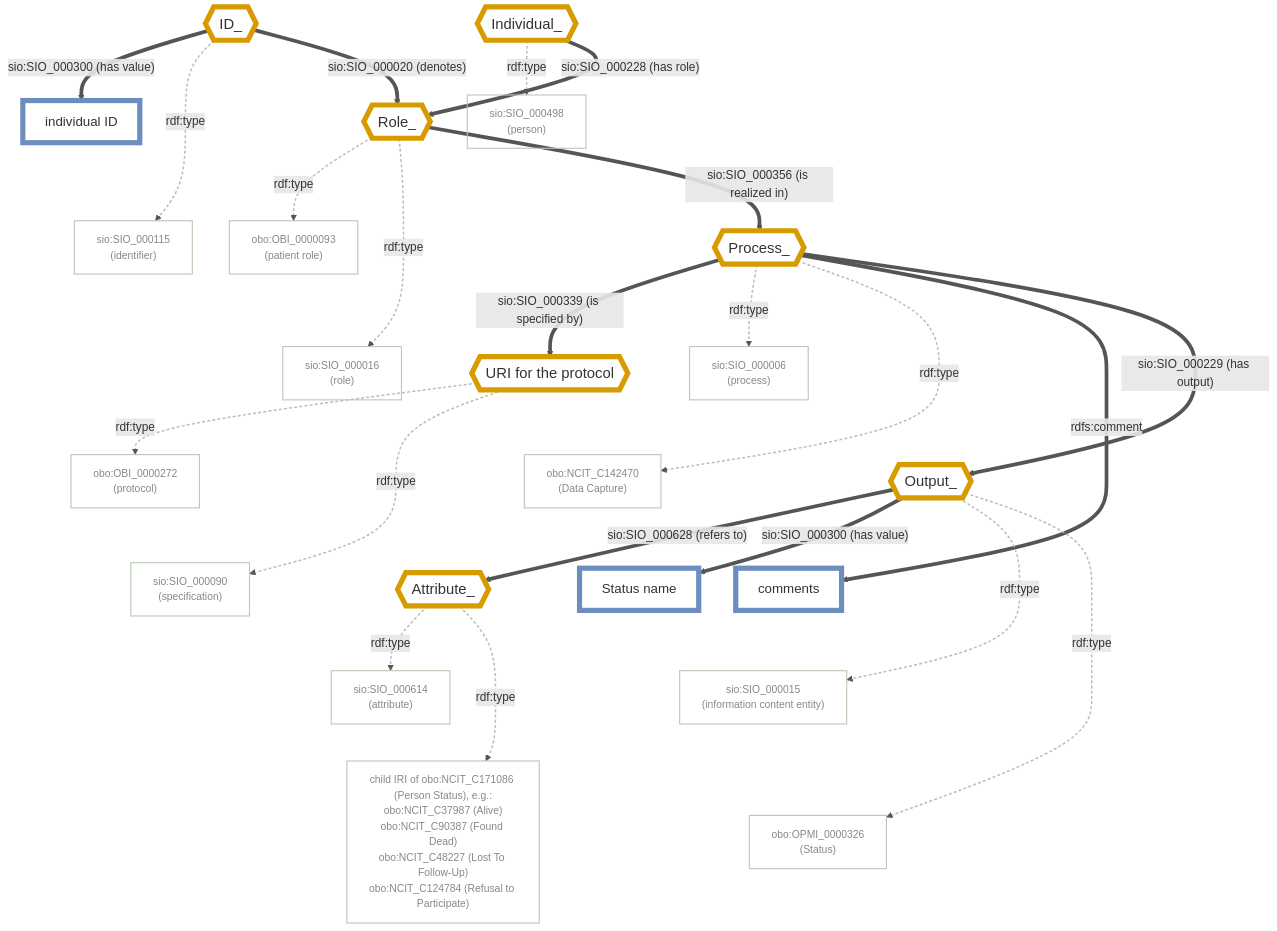
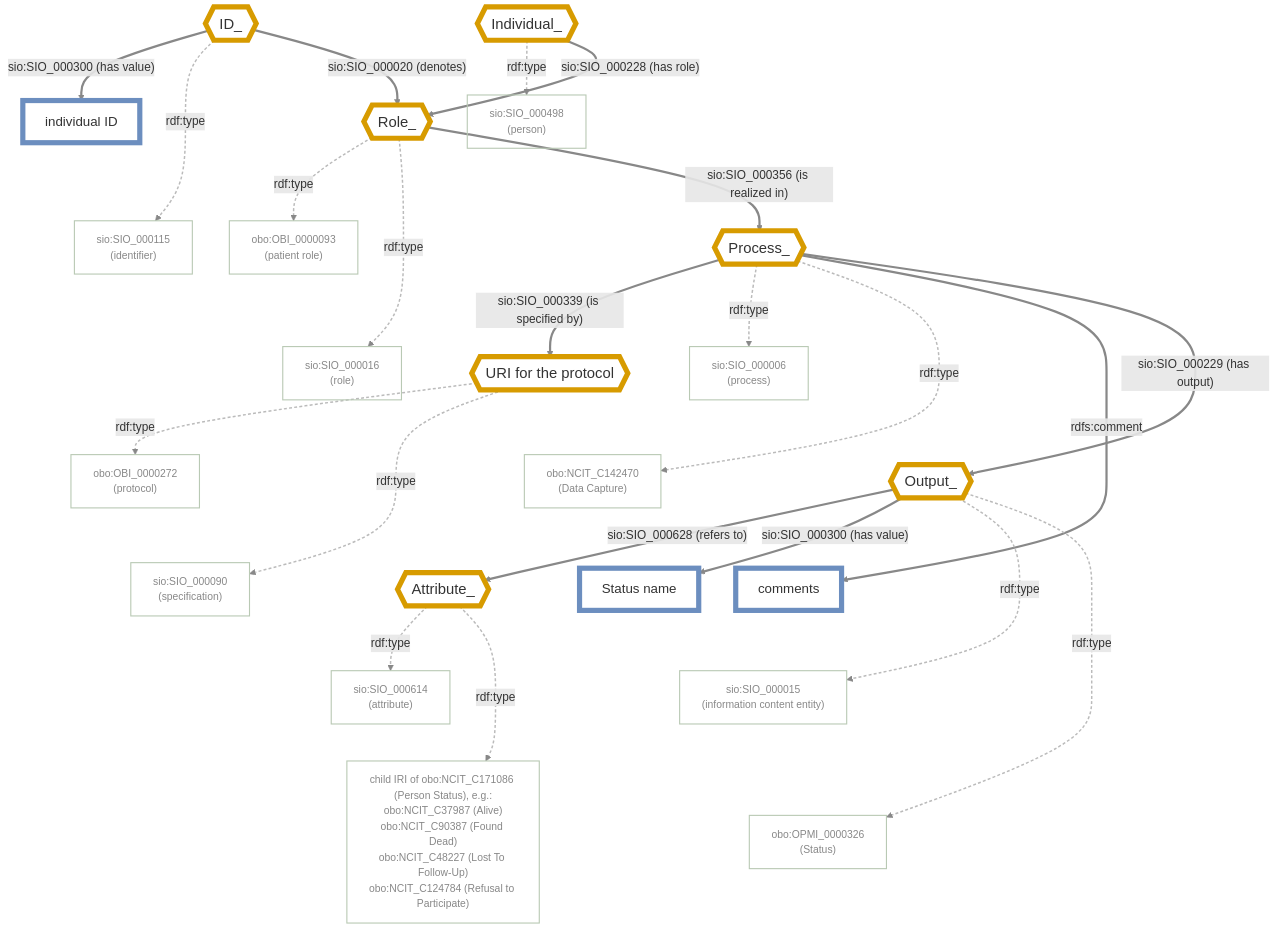
One commit to wilkinsonlab/CARE-Semantic-Model-Version-2 changed the diagram in diagrams/CARE-SM-obo-Status.md. Above: the diagram before and after it, drawn with Mermaid. The commit also changed 137 other files, not shown here.

````diff
--- a/diagrams/CARE-SM-obo-Status.md
+++ b/diagrams/CARE-SM-obo-Status.md
@@ -16,77 +16,78 @@
 ```mermaid
+%%{init: {"themeVariables": {"lineColor": "#888888"}}}%%
 flowchart TD
     classDef usedInstance fill:#ffffff,stroke:#d79b00,stroke-width:7px,color:#333,font-size:20px
     classDef classNode fill:transparent,stroke:#b9c9b4,stroke-width:1.5px,color:#888,font-size:14px
     classDef dataValue fill:#ffffff,stroke:#6c8ebf,stroke-width:7px,color:#333,font-size:18px
-    linkStyle default stroke:#555,stroke-width:5px
+    linkStyle default stroke:#888888,stroke-width:3px
 
     %% Instances
     ID_{{ID_}}:::usedInstance
     Individual_{{Individual_}}:::usedInstance
     Role_{{Role_}}:::usedInstance
     Process_{{Process_}}:::usedInstance
     Output_{{Output_}}:::usedInstance
     Attribute_{{Attribute_}}:::usedInstance
     URIProtocol{{"URI for the protocol"}}:::usedInstance
 
     %% Classes
     SIO_000115["sio:SIO_000115<br/>(identifier)"]:::classNode
     SIO_000498["sio:SIO_000498<br/>(person)"]:::classNode
     OBI_0000093["obo:OBI_0000093<br/>(patient role)"]:::classNode
     SIO_000016["sio:SIO_000016<br/>(role)"]:::classNode
     SIO_000006["sio:SIO_000006<br/>(process)"]:::classNode
     NCIT_C142470["obo:NCIT_C142470<br/>(Data Capture)"]:::classNode
     OBI_0000272["obo:OBI_0000272<br/>(protocol)"]:::classNode
     SIO_000090["sio:SIO_000090<br/>(specification)"]:::classNode
     SIO_000015["sio:SIO_000015<br/>(information content entity)"]:::classNode
     OPMI_0000326["obo:OPMI_0000326<br/>(Status)"]:::classNode
     SIO_000614["sio:SIO_000614<br/>(attribute)"]:::classNode
     PersonStatusChildIRI["child IRI of obo:NCIT_C171086 (Person Status), e.g.:<br/>obo:NCIT_C37987 (Alive)<br/>obo:NCIT_C90387 (Found Dead)<br/>obo:NCIT_C48227 (Lost To Follow-Up)<br/>obo:NCIT_C124784 (Refusal to Participate)"]:::classNode
 
     %% Data values
     IndividualID["individual ID"]:::dataValue
     Comments["comments"]:::dataValue
     StatusName["Status name"]:::dataValue
 
     %% Real edges (indices 0-20)
     ID_ -->|"sio:SIO_000300 (has value)"| IndividualID
     ID_ -->|"rdf:type"| SIO_000115
     ID_ -->|"sio:SIO_000020 (denotes)"| Role_
 
     Individual_ -->|"rdf:type"| SIO_000498
     Individual_ -->|"sio:SIO_000228 (has role)"| Role_
 
     Role_ -->|"rdf:type"| OBI_0000093
     Role_ -->|"rdf:type"| SIO_000016
     Role_ -->|"sio:SIO_000356 (is realized in)"| Process_
 
     Process_ -->|"sio:SIO_000339 (is specified by)"| URIProtocol
     Process_ -->|"rdf:type"| SIO_000006
     Process_ -->|"rdf:type"| NCIT_C142470
     Process_ -->|"rdfs:comment"| Comments
     Process_ -->|"sio:SIO_000229 (has output)"| Output_
 
     URIProtocol -->|"rdf:type"| OBI_0000272
     URIProtocol -->|"rdf:type"| SIO_000090
 
     Output_ -->|"sio:SIO_000628 (refers to)"| Attribute_
     Output_ -->|"sio:SIO_000300 (has value)"| StatusName
     Output_ -->|"rdf:type"| SIO_000015
     Output_ -->|"rdf:type"| OPMI_0000326
 
     Attribute_ -->|"rdf:type"| SIO_000614
     Attribute_ -->|"rdf:type"| PersonStatusChildIRI
 
     %% Invisible layout-only chains (indices 21-29, hidden below) force siblings into one column
     IndividualID ~~~ SIO_000115
     OBI_0000093 ~~~ SIO_000016
     SIO_000006 ~~~ NCIT_C142470 ~~~ Comments
     OBI_0000272 ~~~ SIO_000090
     StatusName ~~~ SIO_000015 ~~~ OPMI_0000326
     SIO_000614 ~~~ PersonStatusChildIRI
 
     URIProtocol ~~~ Output_
     %% rdf:type edges (indices 1,3,5,6,9,10,13,14,17,18,19,20) de-emphasized so the structural backbone stands out
     linkStyle 1,3,5,6,9,10,13,14,17,18,19,20 stroke:#bbb,stroke-width:2px,stroke-dasharray:4 3
     linkStyle 21,22,23,24,25,26,27,28,29 stroke:none
 ```
````
